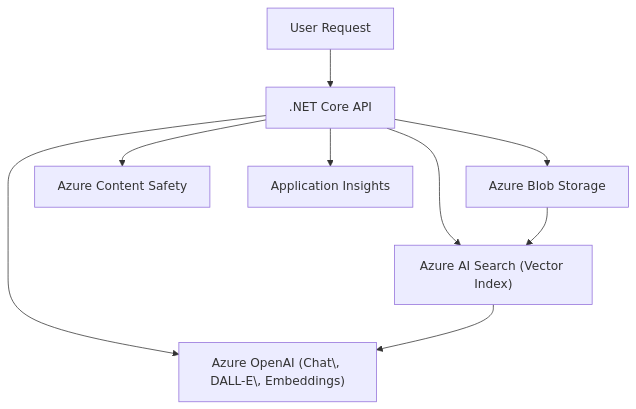
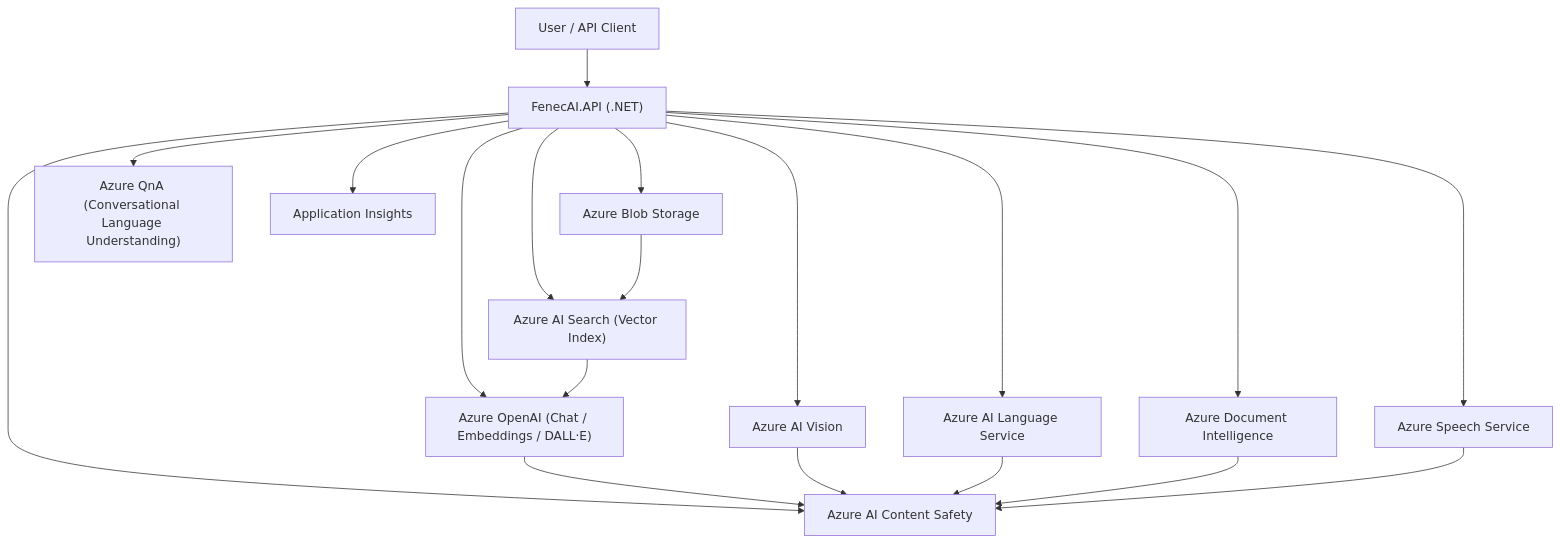
Before and after one commit to alonsoegm/FenecAI: the first of 2 diagrams in README.md, drawn with Mermaid. The commit also changed other lines of this file, not shown here.

````diff
--- a/README.md
+++ b/README.md
@@ -20,14 +37,29 @@
 ```mermaid
 
 graph TD
-A[User Request] --> B[".NET Core API"]
-B --> C1["Azure OpenAI (Chat\, DALL-E\, Embeddings)"]
-B --> C2["Azure Blob Storage"]
-B --> C3["Azure AI Search (Vector Index)"]
-B --> C4["Azure Content Safety"]
-B --> C5["Application Insights"]
-C2 --> C3
-C3 --> C1
+U["User / API Client"] --> A["FenecAI.API (.NET)"]
+
+A --> B1["Azure OpenAI (Chat / Embeddings / DALL·E)"]
+A --> B2["Azure AI Search (Vector Index)"]
+A --> B3["Azure Blob Storage"]
+A --> B4["Azure AI Content Safety"]
+A --> B5["Azure AI Vision"]
+A --> B6["Azure AI Language Service"]
+A --> B7["Azure Document Intelligence"]
+A --> B8["Azure Speech Service"]
+A --> B9["Azure QnA (Conversational Language Understanding)"]
+A --> B10["Application Insights"]
+
+B3 --> B2
+B2 --> B1
+B1 --> B4
+B5 --> B4
+B6 --> B4
+B7 --> B4
+B8 --> B4
+
+
+
 
 
 ```
````
